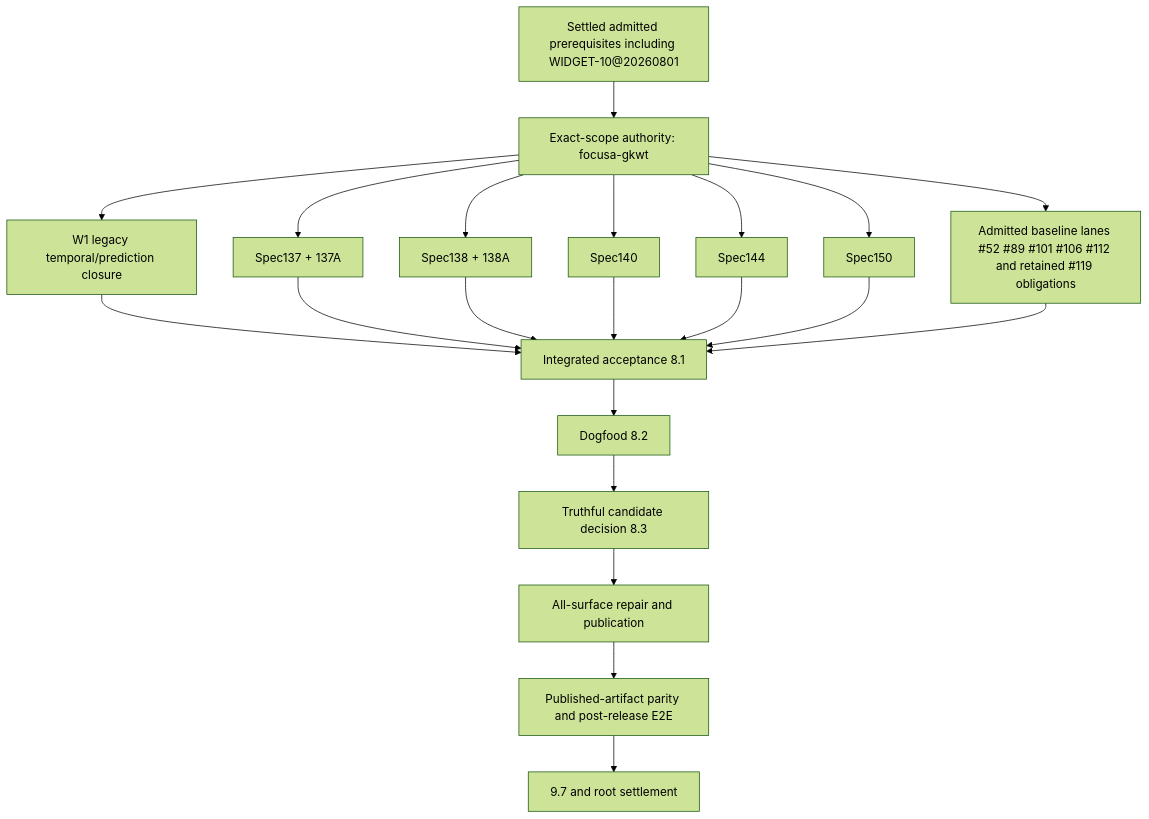
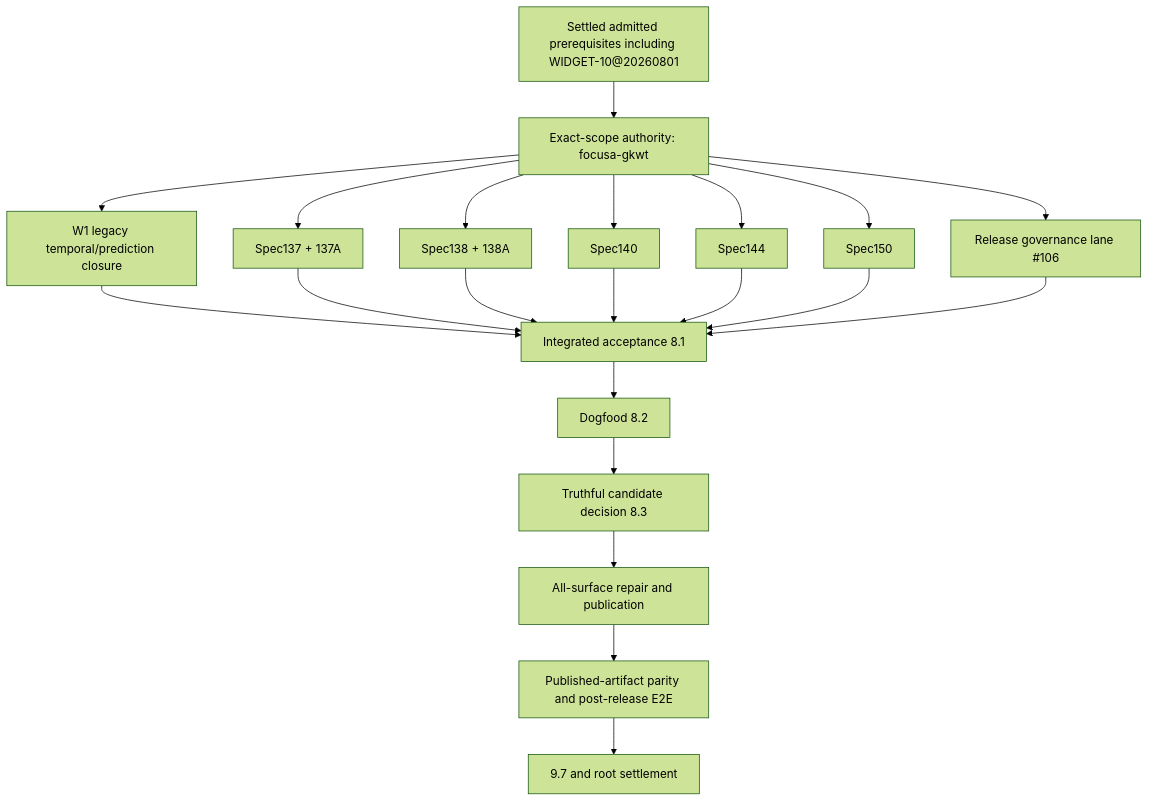
One commit to Startempire-Wire/focusa changed the diagram in docs/156-focusa-mangled-release-delta-callgraph-reconstruction.md. Above: the diagram before and after it, drawn with Mermaid (forest theme). The commit also changed other lines of this file and 1 other file, not shown here.

Commit message:
docs: reduce release graph to authorized repair

````diff
--- a/docs/156-focusa-mangled-release-delta-callgraph-reconstruction.md
+++ b/docs/156-focusa-mangled-release-delta-callgraph-reconstruction.md
@@ -73,35 +73,35 @@
 ```mermaid
 flowchart TD
   S[Exact-scope authority: focusa-gkwt]
   BASE[Settled admitted prerequisites including WIDGET-10@20260801]
   W1[W1 legacy temporal/prediction closure]
   T[Spec137 + 137A]
   P[Spec138 + 138A]
   R[Spec140]
   O[Spec144]
   I[Spec150]
-  B[Admitted baseline lanes #52 #89 #101 #106 #112 and retained #119 obligations]
+  B[Release governance lane #106]
   A[Integrated acceptance 8.1]
   D[Dogfood 8.2]
   Q[Truthful candidate decision 8.3]
   REL[All-surface repair and publication]
   POST[Published-artifact parity and post-release E2E]
   FINAL[9.7 and root settlement]
 
   BASE --> S
   S --> W1
   S --> T
   S --> P
   S --> R
   S --> O
   S --> I
   S --> B
   W1 --> A
   T --> A
   P --> A
   R --> A
   O --> A
   I --> A
   B --> A
   A --> D --> Q --> REL --> POST --> FINAL
 ```
````
